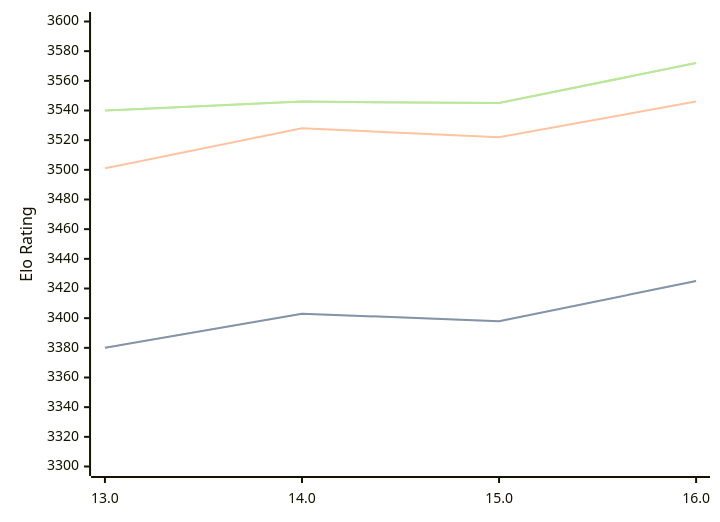
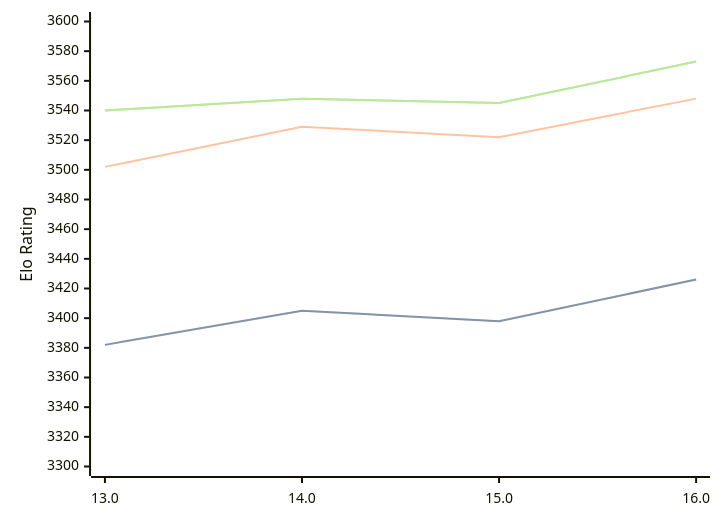
The third of 3 diagrams in engines/Obsidian.md (computer-chess-index/cci), drawn with Mermaid before and after one commit. The commit also changed other lines of this file, not shown here.

Commit message:
Update CCI Ratings (ELO VLTC) - 2026-07-12

````diff
--- a/engines/Obsidian.md
+++ b/engines/Obsidian.md
@@ -76,11 +76,11 @@
 ```mermaid
 %%{init: {"theme":"base","themeVariables":{"seriesColors:['#a3a3a3','#222221','#faa371']}}}%%
 xychart-beta
   x-axis ["13.0", "14.0", "15.0", "16.0"]
   y-axis "Elo Rating" 3300 --> 3600
-  line "STC (8.0+0.08s)" [3380, 3403, 3398, 3425]
-  line "STC (8.0+0.08s)" [3380, 3403, 3398, 3425]
-  line "LTC (60.0+0.60s)" [3501, 3528, 3522, 3546]
-  line "VLTC (2m24s+1.12s)" [3540, 3546, 3545, 3572]
-  line "VLTC (2m24s+1.12s)" [3540, 3546, 3545, 3572]
+  line "STC (8.0+0.08s)" [3382, 3405, 3398, 3426]
+  line "STC (8.0+0.08s)" [3382, 3405, 3398, 3426]
+  line "LTC (60.0+0.60s)" [3502, 3529, 3522, 3548]
+  line "VLTC (2m24s+1.12s)" [3540, 3548, 3545, 3573]
+  line "VLTC (2m24s+1.12s)" [3540, 3548, 3545, 3573]
 ```
````
